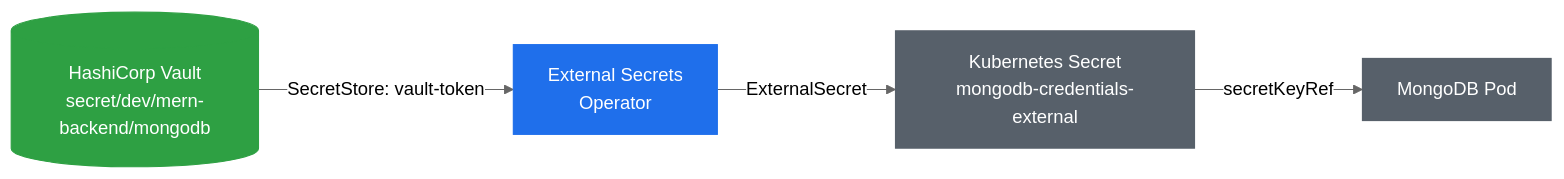
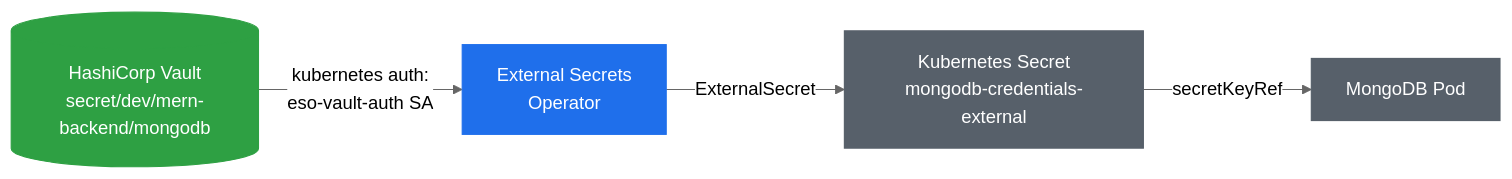
One commit to atkaridarshan04/cloudnative-devops-blueprint changed the diagram in docs/ExternalSecrets.md. Above: the diagram before and after it, drawn with Mermaid (neutral theme). The commit also changed other lines of this file and 4 other files, not shown here.

Commit message:
feat(external-secrets): update Vault integration with Kubernetes auth method and RBAC configuration

````diff
--- a/docs/ExternalSecrets.md
+++ b/docs/ExternalSecrets.md
@@ -20,14 +20,14 @@
 ```mermaid
 flowchart LR
-    Vault[(HashiCorp Vault<br/>secret/dev/mern-backend/mongodb)] -->|SecretStore: vault-token| ESO[External Secrets<br/>Operator]
+    Vault[(HashiCorp Vault<br/>secret/dev/mern-backend/mongodb)] -->|kubernetes auth:<br/>eso-vault-auth SA| ESO[External Secrets<br/>Operator]
     ESO -->|ExternalSecret| Secret[Kubernetes Secret<br/>mongodb-credentials-external]
     Secret -->|secretKeyRef| Pod[MongoDB Pod]
 
     classDef controller fill:#1f6feb,color:#fff,stroke:#1f6feb
     classDef store fill:#2ea043,color:#fff,stroke:#2ea043
     classDef workload fill:#57606a,color:#fff,stroke:#57606a
 
     class Vault store
     class ESO controller
     class Secret,Pod workload
 ```
````
